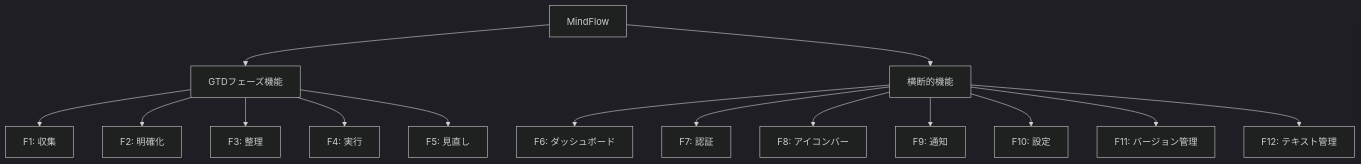
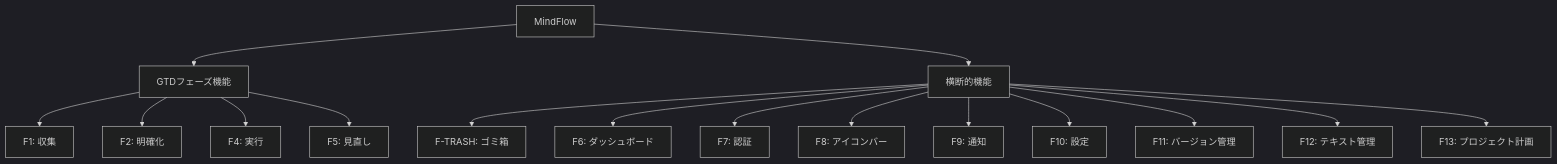
The diagram in docs/specs/feature_gtd.md (teppei19980914/Defrago), drawn with Mermaid (dark theme) before and after one commit. The commit also changed other lines of this file and 42 other files, not shown here.

````diff
--- a/docs/specs/feature_gtd.md
+++ b/docs/specs/feature_gtd.md
@@ -14,19 +14,20 @@
 ```mermaid
 graph TB
     MF[MindFlow] --> PHASE[GTDフェーズ機能]
     MF --> CROSS[横断的機能]
 
     PHASE --> F1[F1: 収集]
     PHASE --> F2[F2: 明確化]
-    PHASE --> F3[F3: 整理]
     PHASE --> F4[F4: 実行]
     PHASE --> F5[F5: 見直し]
 
+    CROSS --> TRASH[F-TRASH: ゴミ箱]
     CROSS --> F6[F6: ダッシュボード]
     CROSS --> F7[F7: 認証]
     CROSS --> F8[F8: アイコンバー]
     CROSS --> F9[F9: 通知]
     CROSS --> F10[F10: 設定]
     CROSS --> F11[F11: バージョン管理]
     CROSS --> F12[F12: テキスト管理]
+    CROSS --> F13[F13: プロジェクト計画]
 ```
````
